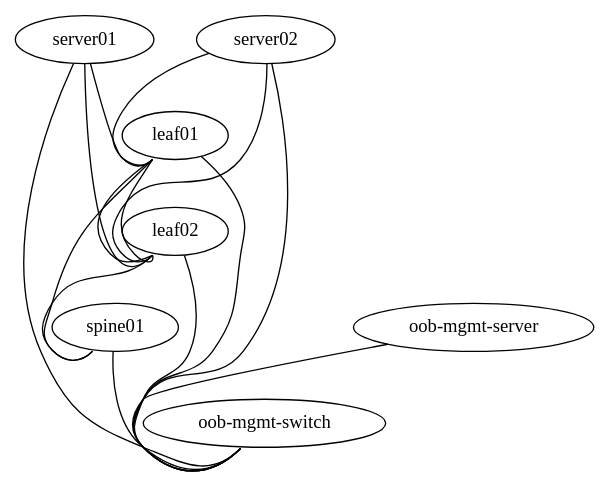
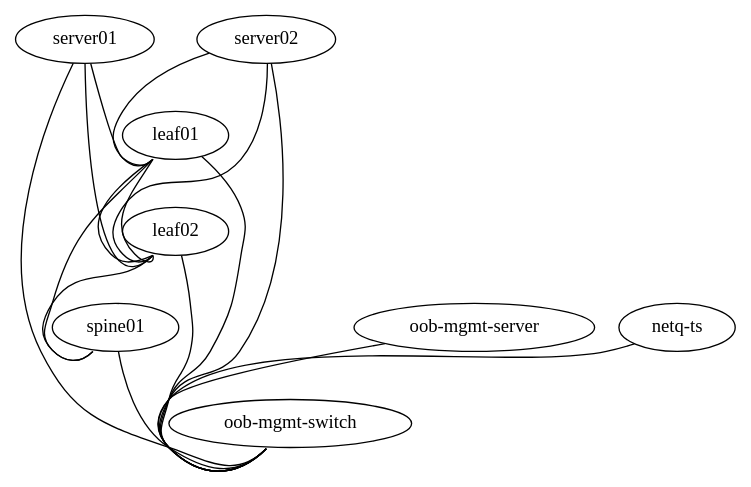
The diagram in roles/prepare-oob-server/files/topology.dot (jubetz/test-drive-air), drawn with Graphviz before and after one commit. The commit also changed 23 other files, not shown here.

```diff
--- a/roles/prepare-oob-server/files/topology.dot
+++ b/roles/prepare-oob-server/files/topology.dot
@@ -1,24 +1,25 @@
 graph vx {
 
  # Leaf to Spine Connections
  "leaf01":"swp51" -- "spine01":"swp1"
  "leaf02":"swp51" -- "spine01":"swp2"
 
  # Leaf Peerlink Connections
  "leaf01":"swp49" -- "leaf02":"swp49"
  "leaf01":"swp50" -- "leaf02":"swp50"
  
  # Server to Leaf Connections
  "server01":"eth1" -- "leaf01":"swp1"
  "server01":"eth2" -- "leaf02":"swp1"
  "server02":"eth1" -- "leaf01":"swp2"
  "server02":"eth2" -- "leaf02":"swp2"
 
  # Management Network
  "oob-mgmt-server":"eth1" -- "oob-mgmt-switch":"swp1"
  "server01":"eth0" -- "oob-mgmt-switch":"swp2"
  "server02":"eth0" -- "oob-mgmt-switch":"swp3"
  "leaf01":"eth0" -- "oob-mgmt-switch":"swp4"
  "leaf02":"eth0" -- "oob-mgmt-switch":"swp5"
  "spine01":"eth0" -- "oob-mgmt-switch":"swp6"
+ "netq-ts":"eth0" -- "oob-mgmt-switch":"swp7"
 }
```
